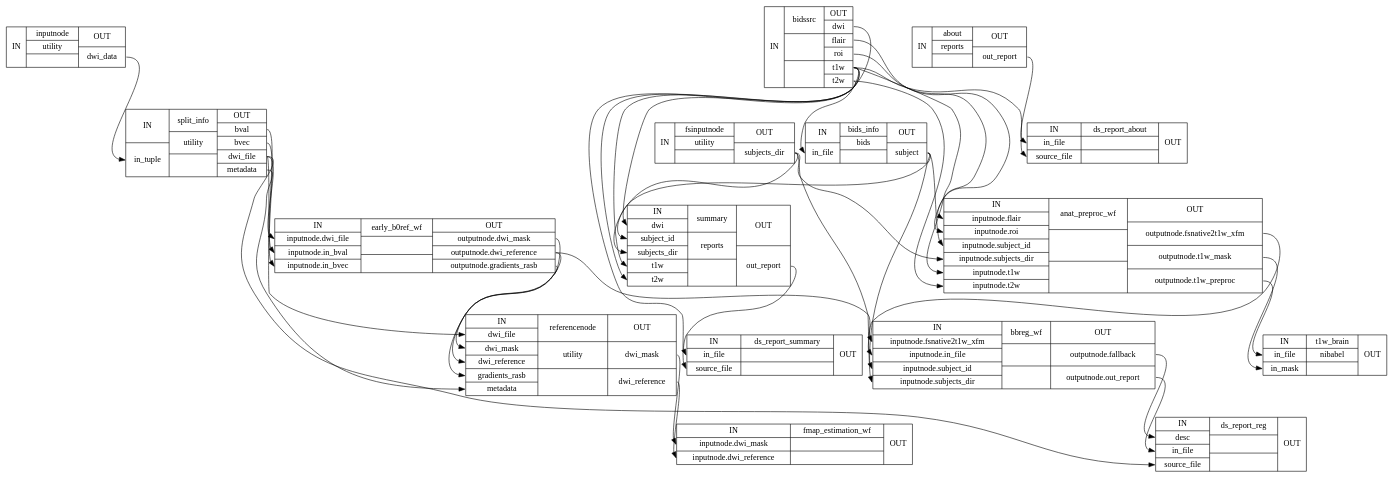
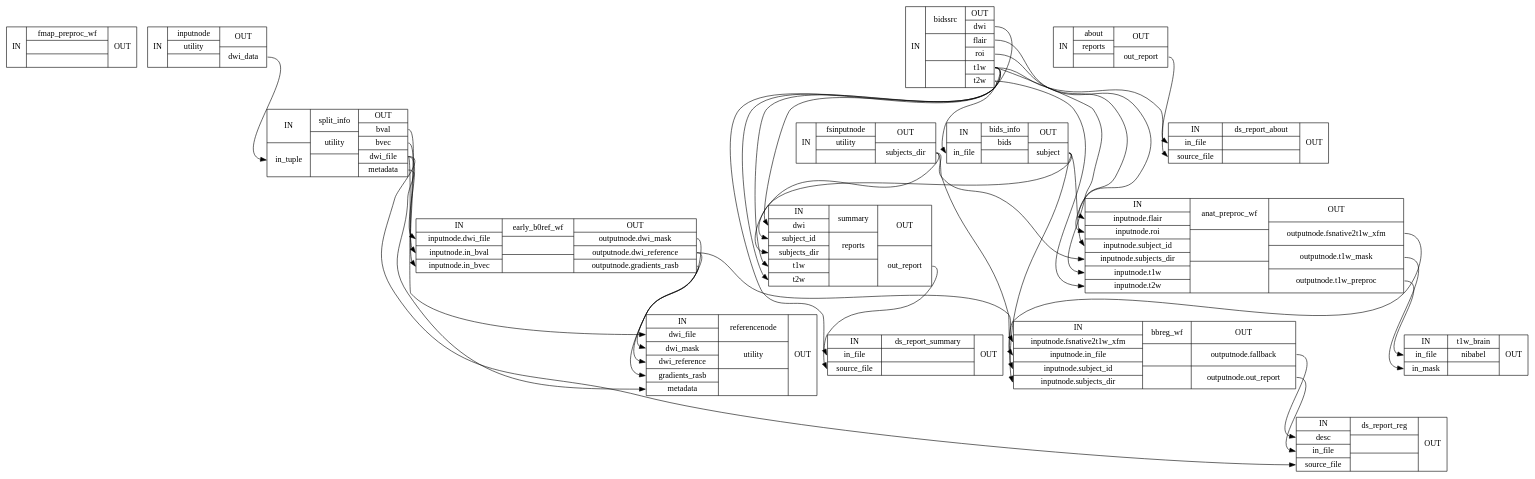
One commit to nipreps/dmriprep changed the diagram in 0.2.2/wf_directive/api/single_subject_THP0005_wf/dmriprep-workflows-base-2_detailed.dot. Above: the diagram before and after it, drawn with Graphviz. The commit also changed 460 other files, not shown here.

```diff
--- a/0.2.2/wf_directive/api/single_subject_THP0005_wf/dmriprep-workflows-base-2_detailed.dot
+++ b/0.2.2/wf_directive/api/single_subject_THP0005_wf/dmriprep-workflows-base-2_detailed.dot
@@ -1,55 +1,53 @@
 digraph structs {
 node [shape=record];
+single_subject_THP0005_wffmap_preproc_wf [label="{IN}|{ fmap_preproc_wf |  |  }|{OUT}"];
 single_subject_THP0005_wfinputnode [label="{IN}|{ inputnode | utility |  }|{OUT|<outdwidata> dwi_data}"];
 single_subject_THP0005_wfsplit_info [label="{IN|<inintuple> in_tuple}|{ split_info | utility |  }|{OUT|<outbval> bval|<outbvec> bvec|<outdwifile> dwi_file|<outmetadata> metadata}"];
 single_subject_THP0005_wfearly_b0ref_wf [label="{IN|<ininputnodedwifile> inputnode.dwi_file|<ininputnodeinbval> inputnode.in_bval|<ininputnodeinbvec> inputnode.in_bvec}|{ early_b0ref_wf |  |  }|{OUT|<outoutputnodedwimask> outputnode.dwi_mask|<outoutputnodedwireference> outputnode.dwi_reference|<outoutputnodegradientsrasb> outputnode.gradients_rasb}"];
-single_subject_THP0005_wfreferencenode [label="{IN|<indwifile> dwi_file|<indwimask> dwi_mask|<indwireference> dwi_reference|<ingradientsrasb> gradients_rasb|<inmetadata> metadata}|{ referencenode | utility |  }|{OUT|<outdwimask> dwi_mask|<outdwireference> dwi_reference}"];
-single_subject_THP0005_wffmap_estimation_wf [label="{IN|<ininputnodedwimask> inputnode.dwi_mask|<ininputnodedwireference> inputnode.dwi_reference}|{ fmap_estimation_wf |  |  }|{OUT}"];
+single_subject_THP0005_wfreferencenode [label="{IN|<indwifile> dwi_file|<indwimask> dwi_mask|<indwireference> dwi_reference|<ingradientsrasb> gradients_rasb|<inmetadata> metadata}|{ referencenode | utility |  }|{OUT}"];
 single_subject_THP0005_wfabout [label="{IN}|{ about | reports |  }|{OUT|<outoutreport> out_report}"];
 single_subject_THP0005_wfbidssrc [label="{IN}|{ bidssrc |  |  }|{OUT|<outdwi> dwi|<outflair> flair|<outroi> roi|<outt1w> t1w|<outt2w> t2w}"];
 single_subject_THP0005_wfds_report_about [label="{IN|<ininfile> in_file|<insourcefile> source_file}|{ ds_report_about |  |  }|{OUT}"];
 single_subject_THP0005_wfbids_info [label="{IN|<ininfile> in_file}|{ bids_info | bids |  }|{OUT|<outsubject> subject}"];
 single_subject_THP0005_wffsinputnode [label="{IN}|{ fsinputnode | utility |  }|{OUT|<outsubjectsdir> subjects_dir}"];
 single_subject_THP0005_wfsummary [label="{IN|<indwi> dwi|<insubjectid> subject_id|<insubjectsdir> subjects_dir|<int1w> t1w|<int2w> t2w}|{ summary | reports |  }|{OUT|<outoutreport> out_report}"];
 single_subject_THP0005_wfds_report_summary [label="{IN|<ininfile> in_file|<insourcefile> source_file}|{ ds_report_summary |  |  }|{OUT}"];
 single_subject_THP0005_wfanat_preproc_wf [label="{IN|<ininputnodeflair> inputnode.flair|<ininputnoderoi> inputnode.roi|<ininputnodesubjectid> inputnode.subject_id|<ininputnodesubjectsdir> inputnode.subjects_dir|<ininputnodet1w> inputnode.t1w|<ininputnodet2w> inputnode.t2w}|{ anat_preproc_wf |  |  }|{OUT|<outoutputnodefsnative2t1wxfm> outputnode.fsnative2t1w_xfm|<outoutputnodet1wmask> outputnode.t1w_mask|<outoutputnodet1wpreproc> outputnode.t1w_preproc}"];
 single_subject_THP0005_wfbbreg_wf [label="{IN|<ininputnodefsnative2t1wxfm> inputnode.fsnative2t1w_xfm|<ininputnodeinfile> inputnode.in_file|<ininputnodesubjectid> inputnode.subject_id|<ininputnodesubjectsdir> inputnode.subjects_dir}|{ bbreg_wf |  |  }|{OUT|<outoutputnodefallback> outputnode.fallback|<outoutputnodeoutreport> outputnode.out_report}"];
 single_subject_THP0005_wfds_report_reg [label="{IN|<indesc> desc|<ininfile> in_file|<insourcefile> source_file}|{ ds_report_reg |  |  }|{OUT}"];
 single_subject_THP0005_wft1w_brain [label="{IN|<ininfile> in_file|<ininmask> in_mask}|{ t1w_brain | nibabel |  }|{OUT}"];
 single_subject_THP0005_wfabout:outoutreport:e -> single_subject_THP0005_wfds_report_about:ininfile:w;
 single_subject_THP0005_wfanat_preproc_wf:outoutputnodefsnative2t1wxfm:e -> single_subject_THP0005_wfbbreg_wf:ininputnodefsnative2t1wxfm:w;
 single_subject_THP0005_wfanat_preproc_wf:outoutputnodet1wmask:e -> single_subject_THP0005_wft1w_brain:ininmask:w;
 single_subject_THP0005_wfanat_preproc_wf:outoutputnodet1wpreproc:e -> single_subject_THP0005_wft1w_brain:ininfile:w;
 single_subject_THP0005_wfbbreg_wf:outoutputnodefallback:e -> single_subject_THP0005_wfds_report_reg:indesc:w;
 single_subject_THP0005_wfbbreg_wf:outoutputnodeoutreport:e -> single_subject_THP0005_wfds_report_reg:ininfile:w;
 single_subject_THP0005_wfbids_info:outsubject:e -> single_subject_THP0005_wfanat_preproc_wf:ininputnodesubjectid:w;
 single_subject_THP0005_wfbids_info:outsubject:e -> single_subject_THP0005_wfbbreg_wf:ininputnodesubjectid:w;
 single_subject_THP0005_wfbids_info:outsubject:e -> single_subject_THP0005_wfsummary:insubjectid:w;
 single_subject_THP0005_wfbidssrc:outdwi:e -> single_subject_THP0005_wfsummary:indwi:w;
 single_subject_THP0005_wfbidssrc:outflair:e -> single_subject_THP0005_wfanat_preproc_wf:ininputnodeflair:w;
 single_subject_THP0005_wfbidssrc:outroi:e -> single_subject_THP0005_wfanat_preproc_wf:ininputnoderoi:w;
 single_subject_THP0005_wfbidssrc:outt1w:e -> single_subject_THP0005_wfanat_preproc_wf:ininputnodet1w:w;
 single_subject_THP0005_wfbidssrc:outt1w:e -> single_subject_THP0005_wfbids_info:ininfile:w;
 single_subject_THP0005_wfbidssrc:outt1w:e -> single_subject_THP0005_wfds_report_about:insourcefile:w;
 single_subject_THP0005_wfbidssrc:outt1w:e -> single_subject_THP0005_wfds_report_summary:insourcefile:w;
 single_subject_THP0005_wfbidssrc:outt1w:e -> single_subject_THP0005_wfsummary:int1w:w;
 single_subject_THP0005_wfbidssrc:outt2w:e -> single_subject_THP0005_wfanat_preproc_wf:ininputnodet2w:w;
 single_subject_THP0005_wfbidssrc:outt2w:e -> single_subject_THP0005_wfsummary:int2w:w;
 single_subject_THP0005_wfearly_b0ref_wf:outoutputnodedwimask:e -> single_subject_THP0005_wfreferencenode:indwimask:w;
 single_subject_THP0005_wfearly_b0ref_wf:outoutputnodedwireference:e -> single_subject_THP0005_wfbbreg_wf:ininputnodeinfile:w;
 single_subject_THP0005_wfearly_b0ref_wf:outoutputnodedwireference:e -> single_subject_THP0005_wfreferencenode:indwireference:w;
 single_subject_THP0005_wfearly_b0ref_wf:outoutputnodegradientsrasb:e -> single_subject_THP0005_wfreferencenode:ingradientsrasb:w;
 single_subject_THP0005_wffsinputnode:outsubjectsdir:e -> single_subject_THP0005_wfanat_preproc_wf:ininputnodesubjectsdir:w;
 single_subject_THP0005_wffsinputnode:outsubjectsdir:e -> single_subject_THP0005_wfbbreg_wf:ininputnodesubjectsdir:w;
 single_subject_THP0005_wffsinputnode:outsubjectsdir:e -> single_subject_THP0005_wfsummary:insubjectsdir:w;
 single_subject_THP0005_wfinputnode:outdwidata:e -> single_subject_THP0005_wfsplit_info:inintuple:w;
-single_subject_THP0005_wfreferencenode:outdwimask:e -> single_subject_THP0005_wffmap_estimation_wf:ininputnodedwimask:w;
-single_subject_THP0005_wfreferencenode:outdwireference:e -> single_subject_THP0005_wffmap_estimation_wf:ininputnodedwireference:w;
 single_subject_THP0005_wfsplit_info:outbval:e -> single_subject_THP0005_wfearly_b0ref_wf:ininputnodeinbval:w;
 single_subject_THP0005_wfsplit_info:outbvec:e -> single_subject_THP0005_wfearly_b0ref_wf:ininputnodeinbvec:w;
 single_subject_THP0005_wfsplit_info:outdwifile:e -> single_subject_THP0005_wfds_report_reg:insourcefile:w;
 single_subject_THP0005_wfsplit_info:outdwifile:e -> single_subject_THP0005_wfearly_b0ref_wf:ininputnodedwifile:w;
 single_subject_THP0005_wfsplit_info:outdwifile:e -> single_subject_THP0005_wfreferencenode:indwifile:w;
 single_subject_THP0005_wfsplit_info:outmetadata:e -> single_subject_THP0005_wfreferencenode:inmetadata:w;
 single_subject_THP0005_wfsummary:outoutreport:e -> single_subject_THP0005_wfds_report_summary:ininfile:w;
 }
```
